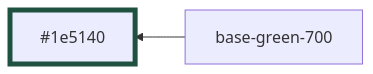
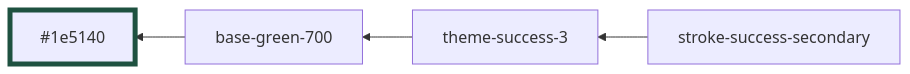
Before and after one commit to oxidecomputer/console: the third of 29 diagrams in libs/ui/styles/themes/operator-mode.md, drawn with Mermaid. The commit also changed other lines of this file and 4 other files, not shown here.

````diff
--- a/libs/ui/styles/themes/operator-mode.md
+++ b/libs/ui/styles/themes/operator-mode.md
@@ -26,6 +32,8 @@
 ```mermaid
 graph RL
   base-green-700 --> #1e5140:::base-green-700
+  theme-success-3 --> base-green-700
+  stroke-success-secondary --> theme-success-3
 
   classDef base-green-700 stroke-width:5,stroke:#1e5140
 ```
````
